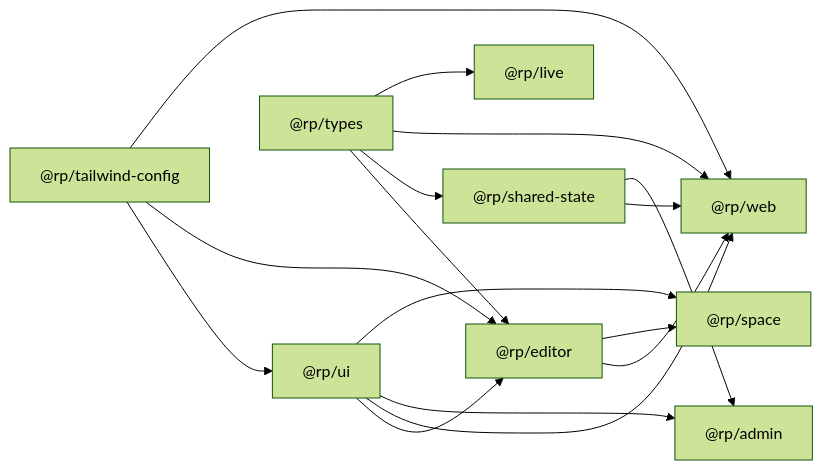
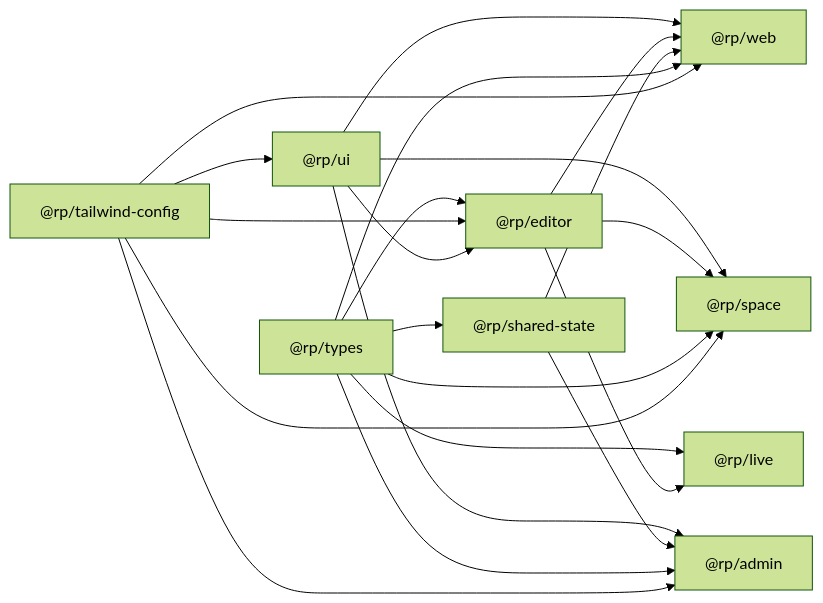
The second of 2 diagrams in docs/sprint-0-poc/INFRA-001-monorepo-scaffold.md (RabbitAI-Lab/RabbitProjects), drawn with Mermaid (forest theme) before and after one commit. The commit also changed other lines of this file and 86 other files, not shown here.

````diff
--- a/docs/sprint-0-poc/INFRA-001-monorepo-scaffold.md
+++ b/docs/sprint-0-poc/INFRA-001-monorepo-scaffold.md
@@ -483,18 +490,23 @@
 ```mermaid
 graph LR
     TWCFG["@rp/tailwind-config"] --> UI["@rp/ui"]
     TYPES["@rp/types"] --> EDITOR["@rp/editor"]
     TYPES --> STATE["@rp/shared-state"]
     TWCFG --> EDITOR
     UI --> EDITOR
     UI --> WEB["@rp/web"]
     EDITOR --> WEB
     STATE --> WEB
     TYPES --> WEB
     TWCFG --> WEB
     UI --> ADMIN["@rp/admin"]
     STATE --> ADMIN
+    TYPES --> ADMIN
+    TWCFG --> ADMIN
     UI --> SPACE["@rp/space"]
     EDITOR --> SPACE
+    TYPES --> SPACE
+    TWCFG --> SPACE
     TYPES --> LIVE["@rp/live"]
+    EDITOR --> LIVE
 ```
````
